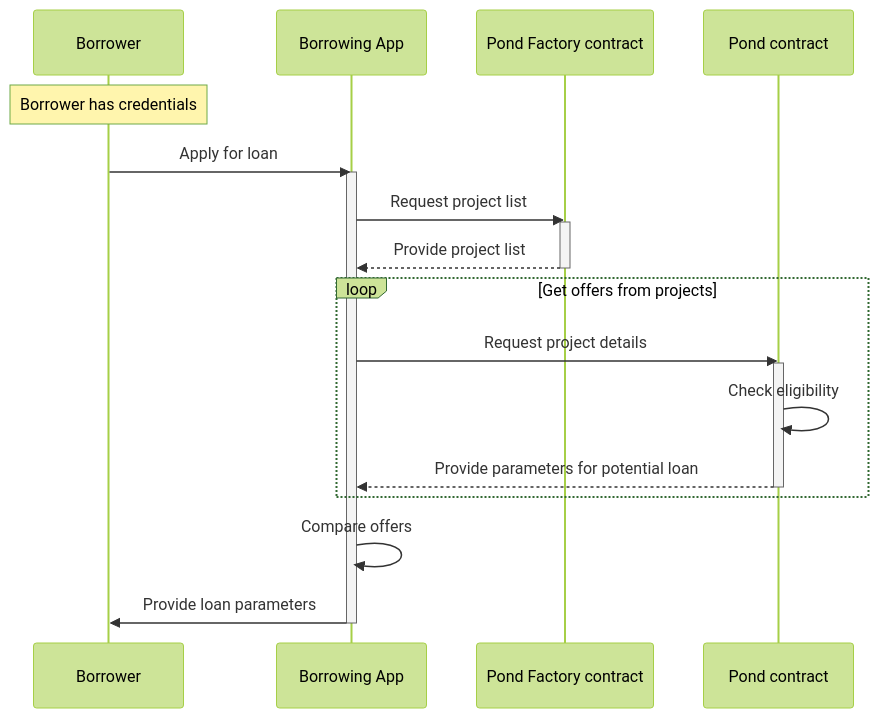
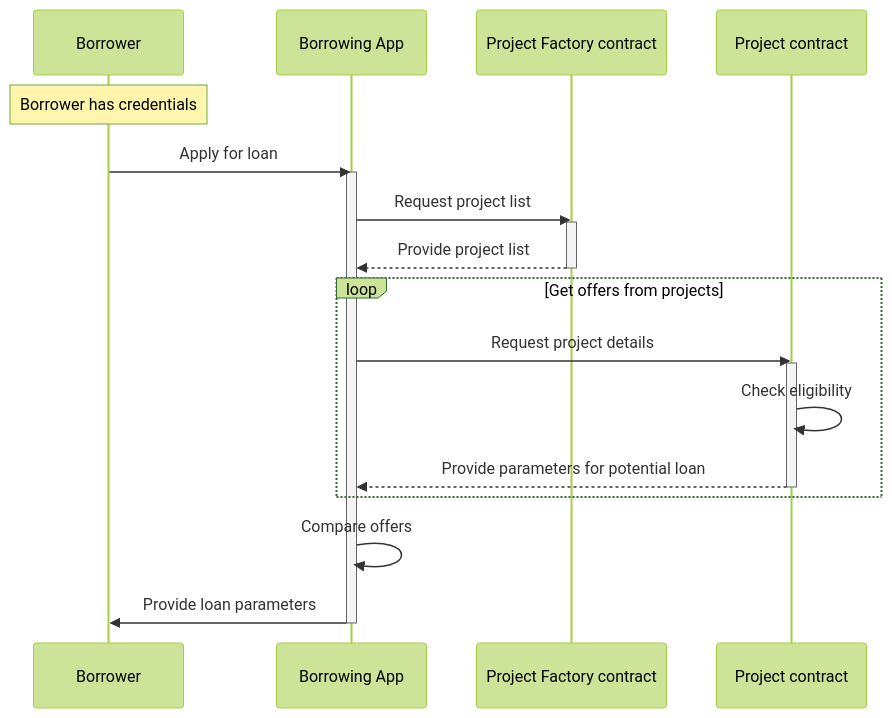
One commit to growr-xyz/growr-documentation changed the first of 2 diagrams in mechanics/3-loan-application.md. Above: the diagram before and after it, drawn with Mermaid (forest theme). The commit also changed other lines of this file and 7 other files, not shown here.

````diff
--- a/mechanics/3-loan-application.md
+++ b/mechanics/3-loan-application.md
@@ -9,24 +9,24 @@
 ```mermaid
 sequenceDiagram
     participant Borrower
     participant Borrowing App
-    participant PRFC as Pond Factory contract
-    participant PRC as Pond contract
+    participant PRFC as Project Factory contract
+    participant PRC as Project contract
     Note over Borrower: Borrower has credentials
     Borrower->>Borrowing App: Apply for loan
     activate Borrowing App
     Borrowing App->>PRFC: Request project list
     activate PRFC
     PRFC-->>Borrowing App: Provide project list
     deactivate PRFC
     loop Get offers from projects
         Borrowing App->>PRC: Request project details
         activate PRC
         PRC->>PRC: Check eligibility
         PRC-->>Borrowing App: Provide parameters for potential loan
         deactivate PRC
     end
     Borrowing App->>Borrowing App: Compare offers
     Borrowing App->>Borrower: Provide loan parameters
     deactivate Borrowing App
 ```
````
